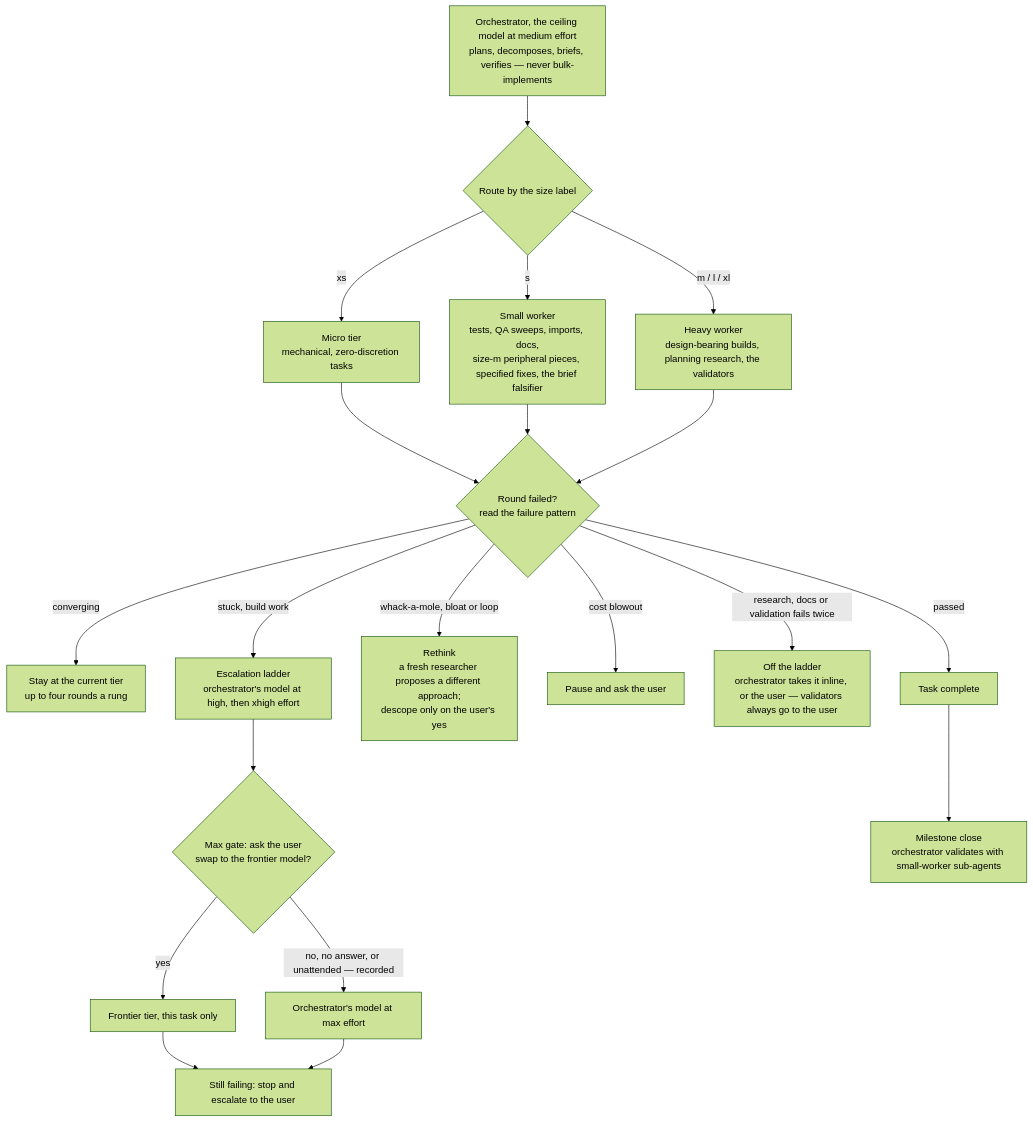
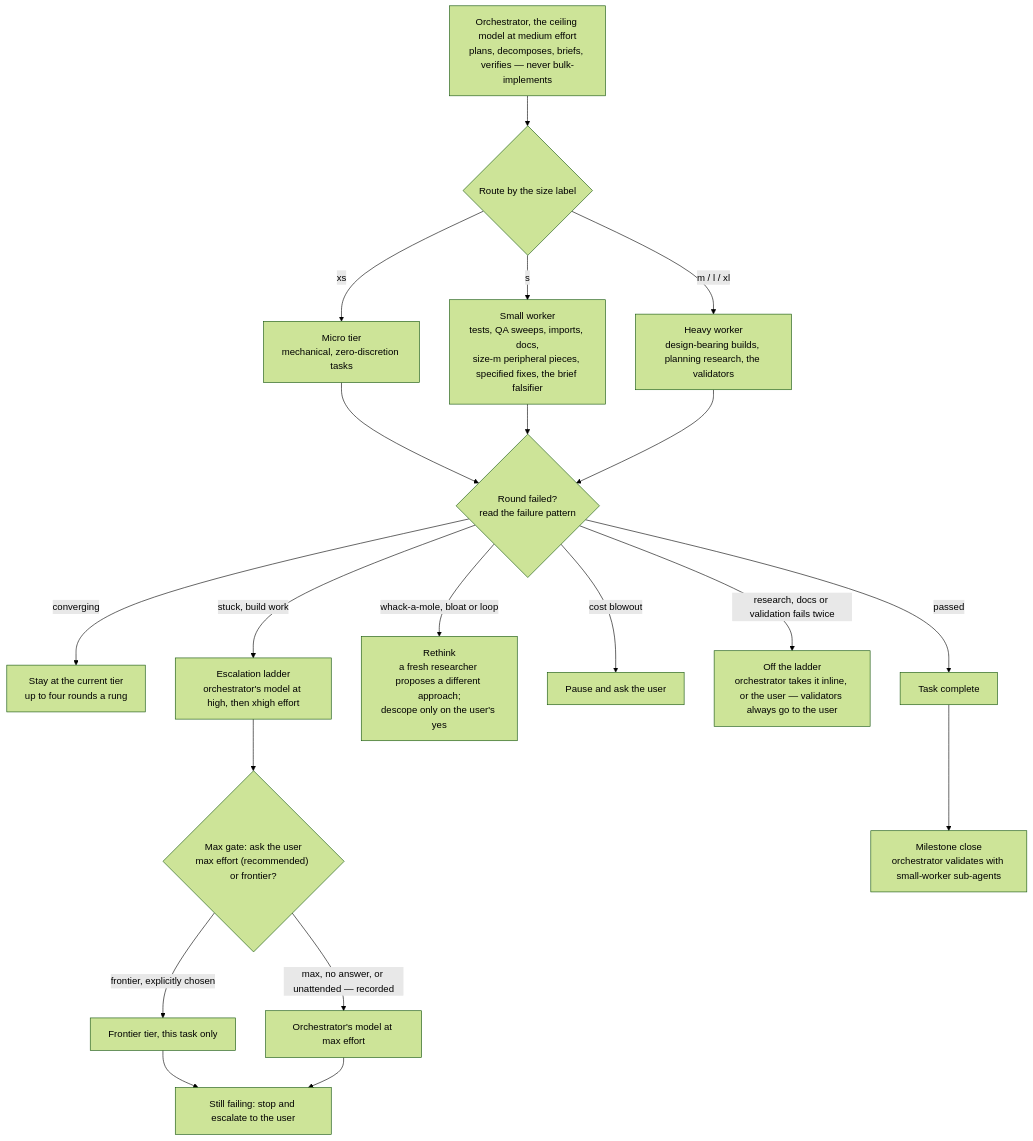
Before and after one commit to Zenosyne-Technologies/agent-operating-kit: the second of 3 diagrams in README.md, drawn with Mermaid (forest theme). The commit also changed other lines of this file and 8 other files, not shown here.

Commit message:
AOS-162: model profile owns the version's model set; max gate recommends max; model-names check

````diff
--- a/README.md
+++ b/README.md
@@ -138,22 +138,22 @@
 ```mermaid
 flowchart TD
     O["Orchestrator, the ceiling model at medium effort<br/>plans, decomposes, briefs, verifies — never bulk-implements"] --> R{"Route by the size label"}
     R -->|xs| MI["Micro tier<br/>mechanical, zero-discretion tasks"]
     R -->|s| SM["Small worker<br/>tests, QA sweeps, imports, docs,<br/>size-m peripheral pieces, specified fixes, the brief falsifier"]
     R -->|m / l / xl| HV["Heavy worker<br/>design-bearing builds, planning research, the validators"]
     MI --> X{"Round failed?<br/>read the failure pattern"}
     SM --> X
     HV --> X
     X -->|converging| SR["Stay at the current tier<br/>up to four rounds a rung"]
     X -->|stuck, build work| EH["Escalation ladder<br/>orchestrator's model at high, then xhigh effort"]
     X -->|whack-a-mole, bloat or loop| RT["Rethink<br/>a fresh researcher proposes a different approach;<br/>descope only on the user's yes"]
     X -->|cost blowout| PA["Pause and ask the user"]
     X -->|research, docs or validation fails twice| OL["Off the ladder<br/>orchestrator takes it inline, or the user — validators always go to the user"]
     X -->|passed| DN["Task complete"]
-    EH --> MG{"Max gate: ask the user<br/>swap to the frontier model?"}
-    MG -->|yes| EF["Frontier tier, this task only"]
-    MG -->|no, no answer, or unattended — recorded| EM["Orchestrator's model at max effort"]
+    EH --> MG{"Max gate: ask the user<br/>max effort (recommended) or frontier?"}
+    MG -->|max, no answer, or unattended — recorded| EM["Orchestrator's model at max effort"]
+    MG -->|frontier, explicitly chosen| EF["Frontier tier, this task only"]
     EF --> ST["Still failing: stop and escalate to the user"]
     EM --> ST
     DN --> MS["Milestone close<br/>orchestrator validates with small-worker sub-agents"]
 ```
````
